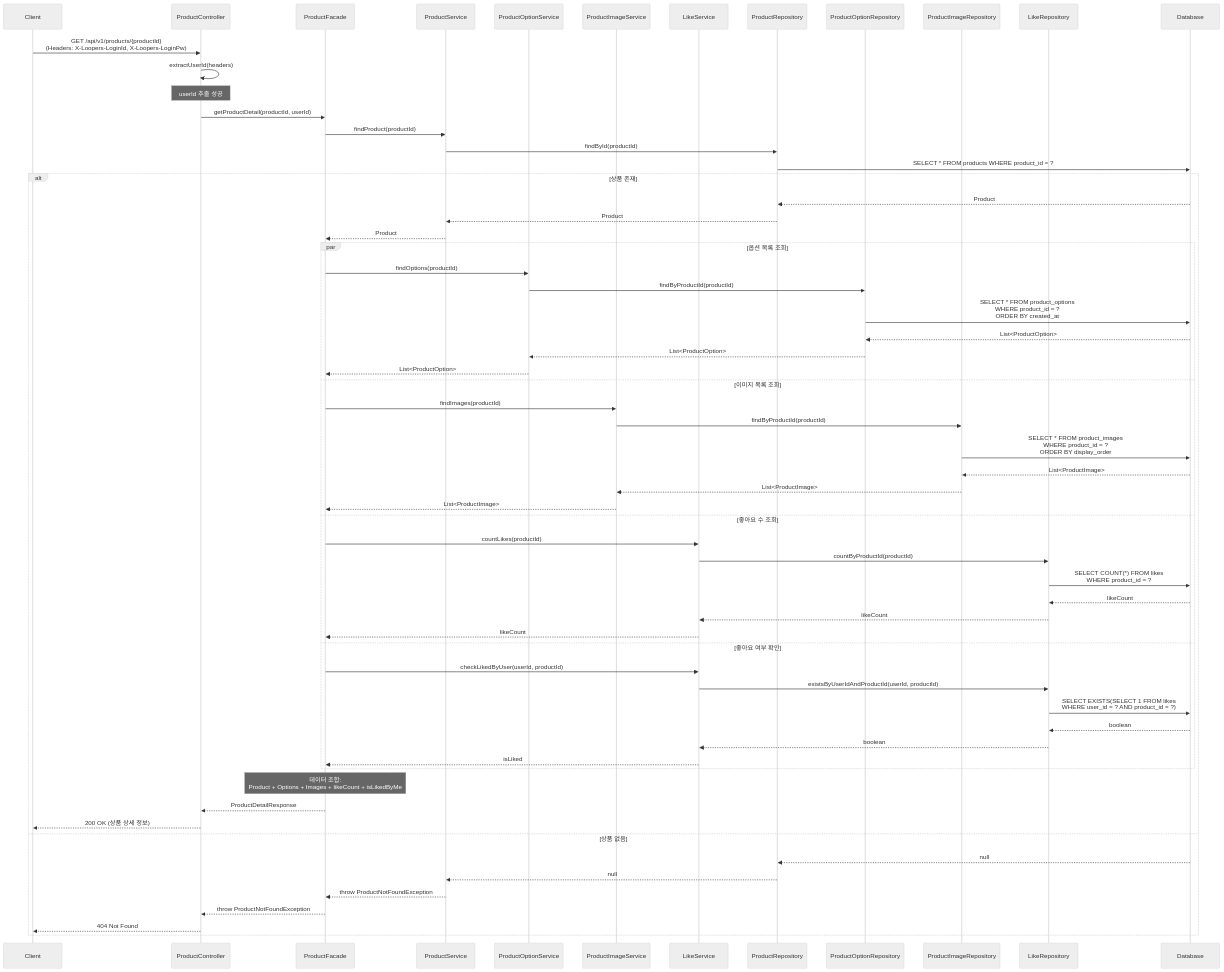
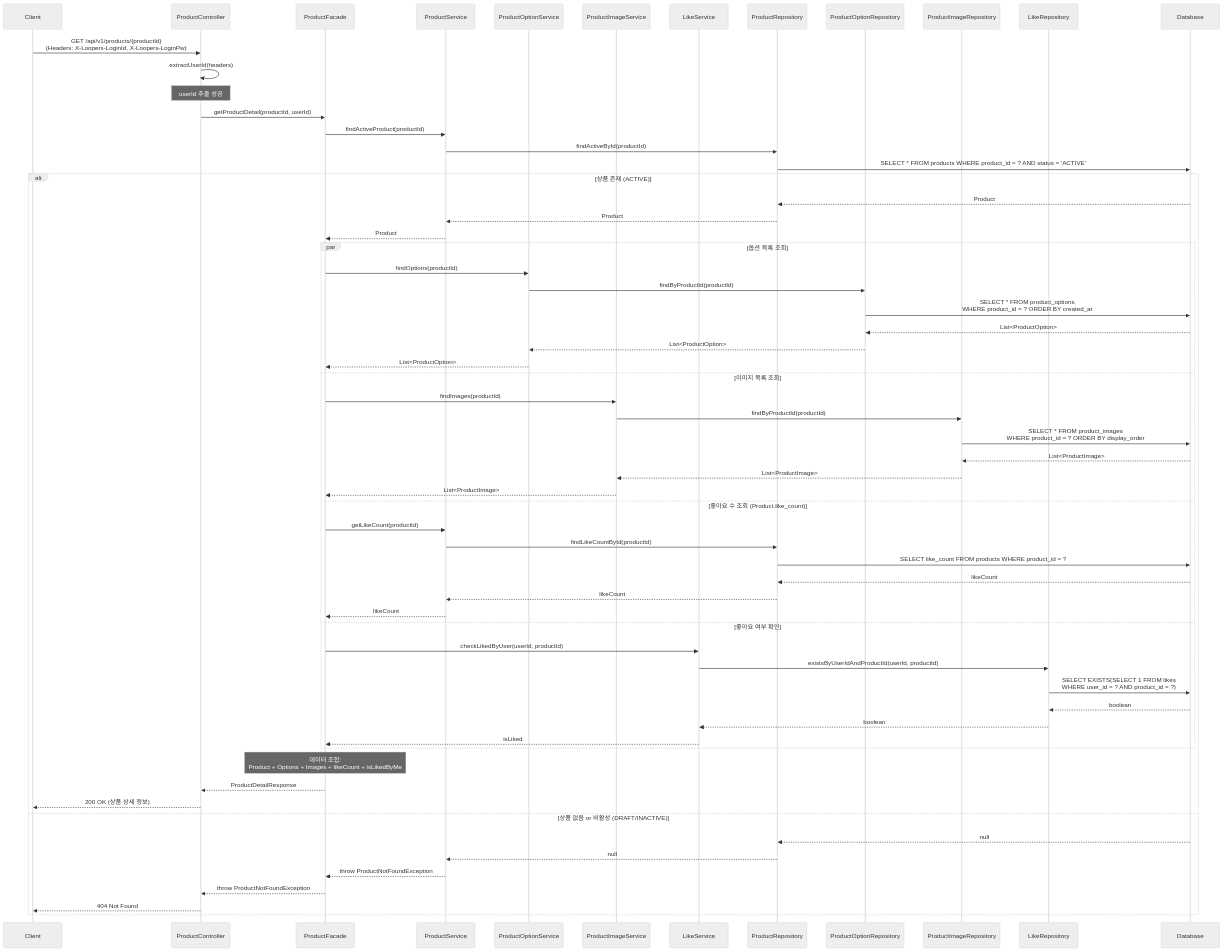
Before and after one commit to katiekim17/loop-pack-be-l2-vol3-java: the fourth of 5 diagrams in docs/design/브랜드_상품/02-sequence-diagrams.md, drawn with Mermaid (neutral theme). The commit also changed other lines of this file and 17 other files, not shown here.

````diff
--- a/docs/design/브랜드_상품/02-sequence-diagrams.md
+++ b/docs/design/브랜드_상품/02-sequence-diagrams.md
@@ -252,74 +302,74 @@
 ```mermaid
 sequenceDiagram
     participant Client
     participant ProductController
     participant ProductFacade
     participant ProductService
     participant ProductOptionService
     participant ProductImageService
     participant LikeService
     participant ProductRepository
     participant ProductOptionRepository
     participant ProductImageRepository
     participant LikeRepository
     participant Database
 
     Client->>ProductController: GET /api/v1/products/{productId}<br/>(Headers: X-Loopers-LoginId, X-Loopers-LoginPw)
     
     ProductController->>ProductController: extractUserId(headers)
     Note over ProductController: userId 추출 성공
     
     ProductController->>ProductFacade: getProductDetail(productId, userId)
     
-    ProductFacade->>ProductService: findProduct(productId)
-    ProductService->>ProductRepository: findById(productId)
-    ProductRepository->>Database: SELECT * FROM products WHERE product_id = ?
+    ProductFacade->>ProductService: findActiveProduct(productId)
+    ProductService->>ProductRepository: findActiveById(productId)
+    ProductRepository->>Database: SELECT * FROM products WHERE product_id = ? AND status = 'ACTIVE'
     
-    alt 상품 존재
+    alt 상품 존재 (ACTIVE)
         Database-->>ProductRepository: Product
         ProductRepository-->>ProductService: Product
         ProductService-->>ProductFacade: Product
         
         par 옵션 목록 조회
             ProductFacade->>ProductOptionService: findOptions(productId)
             ProductOptionService->>ProductOptionRepository: findByProductId(productId)
-            ProductOptionRepository->>Database: SELECT * FROM product_options<br/>WHERE product_id = ?<br/>ORDER BY created_at
+            ProductOptionRepository->>Database: SELECT * FROM product_options<br/>WHERE product_id = ? ORDER BY created_at
             Database-->>ProductOptionRepository: List<ProductOption>
             ProductOptionRepository-->>ProductOptionService: List<ProductOption>
             ProductOptionService-->>ProductFacade: List<ProductOption>
         and 이미지 목록 조회
             ProductFacade->>ProductImageService: findImages(productId)
             ProductImageService->>ProductImageRepository: findByProductId(productId)
-            ProductImageRepository->>Database: SELECT * FROM product_images<br/>WHERE product_id = ?<br/>ORDER BY display_order
+            ProductImageRepository->>Database: SELECT * FROM product_images<br/>WHERE product_id = ? ORDER BY display_order
             Database-->>ProductImageRepository: List<ProductImage>
             ProductImageRepository-->>ProductImageService: List<ProductImage>
             ProductImageService-->>ProductFacade: List<ProductImage>
-        and 좋아요 수 조회
-            ProductFacade->>LikeService: countLikes(productId)
-            LikeService->>LikeRepository: countByProductId(productId)
-            LikeRepository->>Database: SELECT COUNT(*) FROM likes<br/>WHERE product_id = ?
-            Database-->>LikeRepository: likeCount
-            LikeRepository-->>LikeService: likeCount
-            LikeService-->>ProductFacade: likeCount
+        and 좋아요 수 조회 (Product.like_count)
+            ProductFacade->>ProductService: getLikeCount(productId)
+            ProductService->>ProductRepository: findLikeCountById(productId)
+            ProductRepository->>Database: SELECT like_count FROM products WHERE product_id = ?
+            Database-->>ProductRepository: likeCount
+            ProductRepository-->>ProductService: likeCount
+            ProductService-->>ProductFacade: likeCount
         and 좋아요 여부 확인
             ProductFacade->>LikeService: checkLikedByUser(userId, productId)
             LikeService->>LikeRepository: existsByUserIdAndProductId(userId, productId)
             LikeRepository->>Database: SELECT EXISTS(SELECT 1 FROM likes<br/>WHERE user_id = ? AND product_id = ?)
             Database-->>LikeRepository: boolean
             LikeRepository-->>LikeService: boolean
             LikeService-->>ProductFacade: isLiked
         end
         
         Note over ProductFacade: 데이터 조합:<br/>Product + Options + Images + likeCount + isLikedByMe
         
         ProductFacade-->>ProductController: ProductDetailResponse
         ProductController-->>Client: 200 OK (상품 상세 정보)
         
-    else 상품 없음
+    else 상품 없음 or 비활성 (DRAFT/INACTIVE)
         Database-->>ProductRepository: null
         ProductRepository-->>ProductService: null
         ProductService-->>ProductFacade: throw ProductNotFoundException
         ProductFacade-->>ProductController: throw ProductNotFoundException
         ProductController-->>Client: 404 Not Found
     end
 ```
````
